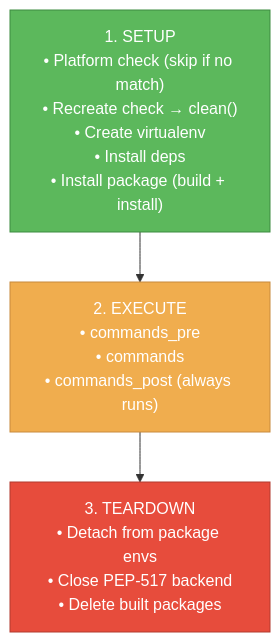
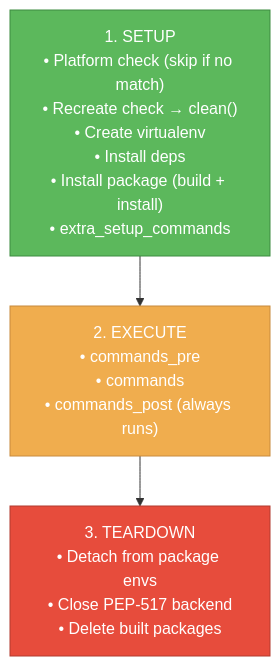
Before and after one commit to tox-dev/tox: the fourth of 9 diagrams in docs/onboarding.rst, drawn with Mermaid. The commit also changed other lines of this file and 6 other files, not shown here.

First line of the commit message:
✨ feat(config): add extra_setup_commands for --notest phase

```diff
--- a/docs/onboarding.rst
+++ b/docs/onboarding.rst
@@ -405,12 +407,12 @@
 .. mermaid::
 
     flowchart TD
-        A["1. SETUP<br/>• Platform check (skip if no match)<br/>• Recreate check → clean()<br/>• Create virtualenv<br/>• Install deps<br/>• Install package (build + install)"]
+        A["1. SETUP<br/>• Platform check (skip if no match)<br/>• Recreate check → clean()<br/>• Create virtualenv<br/>• Install deps<br/>• Install package (build + install)<br/>• extra_setup_commands"]
         B["2. EXECUTE<br/>• commands_pre<br/>• commands<br/>• commands_post (always runs)"]
         C["3. TEARDOWN<br/>• Detach from package envs<br/>• Close PEP-517 backend<br/>• Delete built packages"]
 
         A --> B --> C
 
         style A fill:#5CB85C,stroke:#3D8B40,color:#fff
         style B fill:#F0AD4E,stroke:#C88A3C,color:#fff
         style C fill:#E74C3C,stroke:#B23A2F,color:#fff
```
